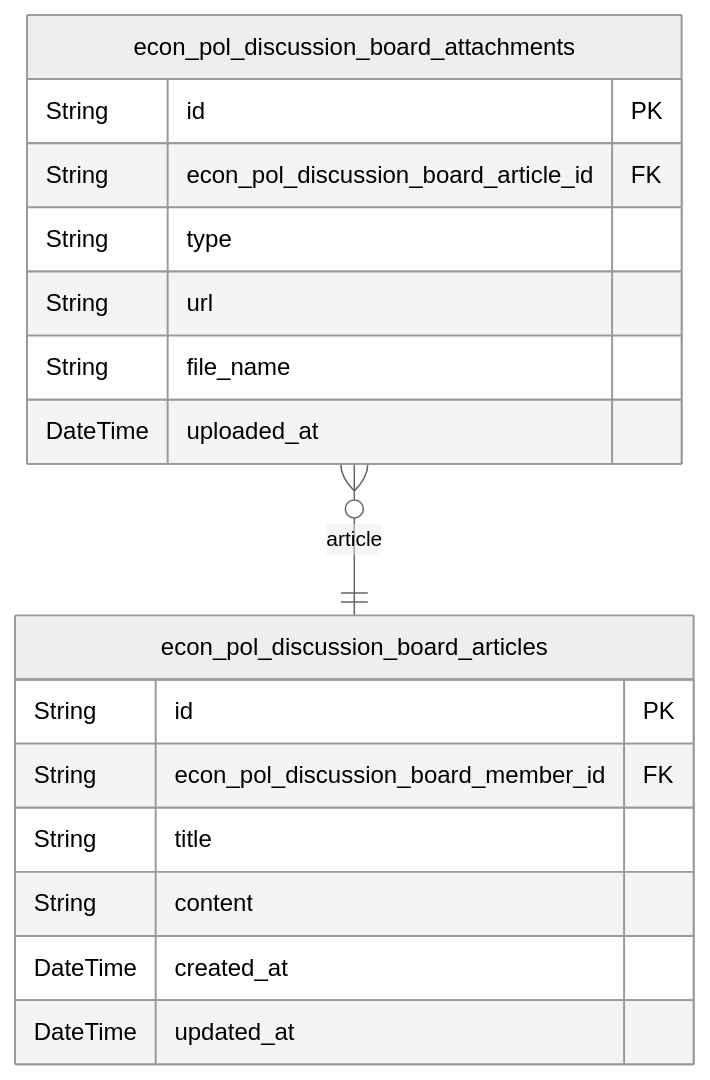
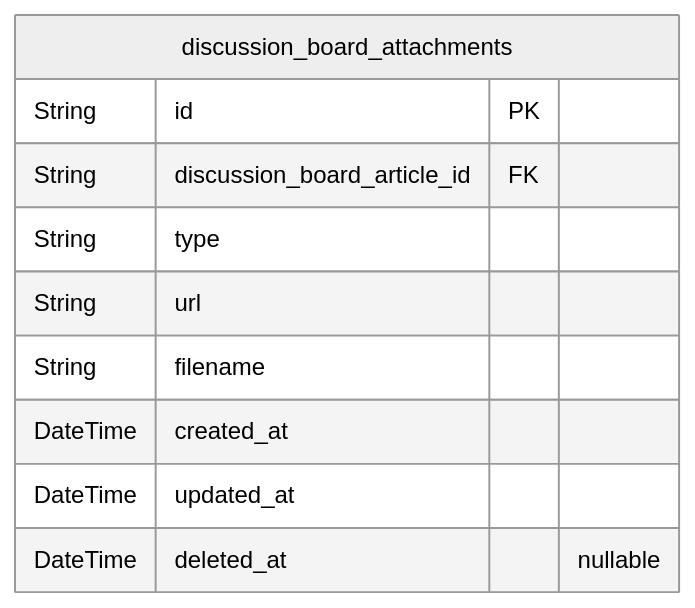
The third of 4 diagrams in openai/gpt-4.1-mini/bbs/docs/ERD.md (wrtnlabs/autobe-examples), drawn with Mermaid (neutral theme) before and after one commit. The commit also changed other lines of this file and 3569 other files, not shown here.

````diff
--- a/openai/gpt-4.1-mini/bbs/docs/ERD.md
+++ b/openai/gpt-4.1-mini/bbs/docs/ERD.md
@@ -181,20 +217,13 @@
 ```mermaid
 erDiagram
-"econ_pol_discussion_board_articles" {
+"discussion_board_attachments" {
   String id PK
-  String econ_pol_discussion_board_member_id FK
-  String title
-  String content
+  String discussion_board_article_id FK
+  String type
+  String url
+  String filename
   DateTime created_at
   DateTime updated_at
+  DateTime deleted_at "nullable"
 }
-"econ_pol_discussion_board_attachments" {
-  String id PK
-  String econ_pol_discussion_board_article_id FK
-  String type
-  String url
-  String file_name
-  DateTime uploaded_at
-}
-"econ_pol_discussion_board_attachments" }o--|| "econ_pol_discussion_board_articles" : article
 ```
````
